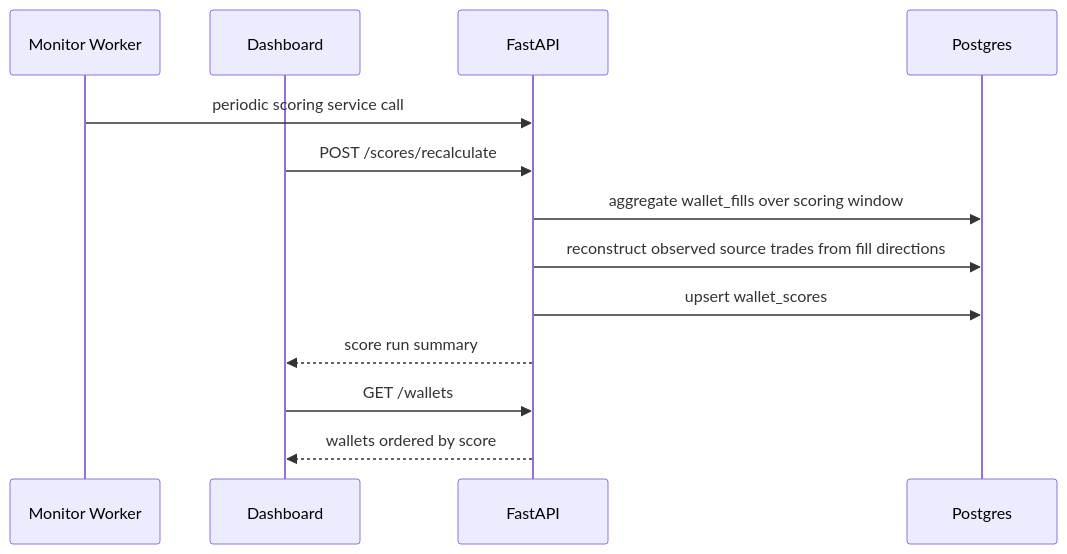
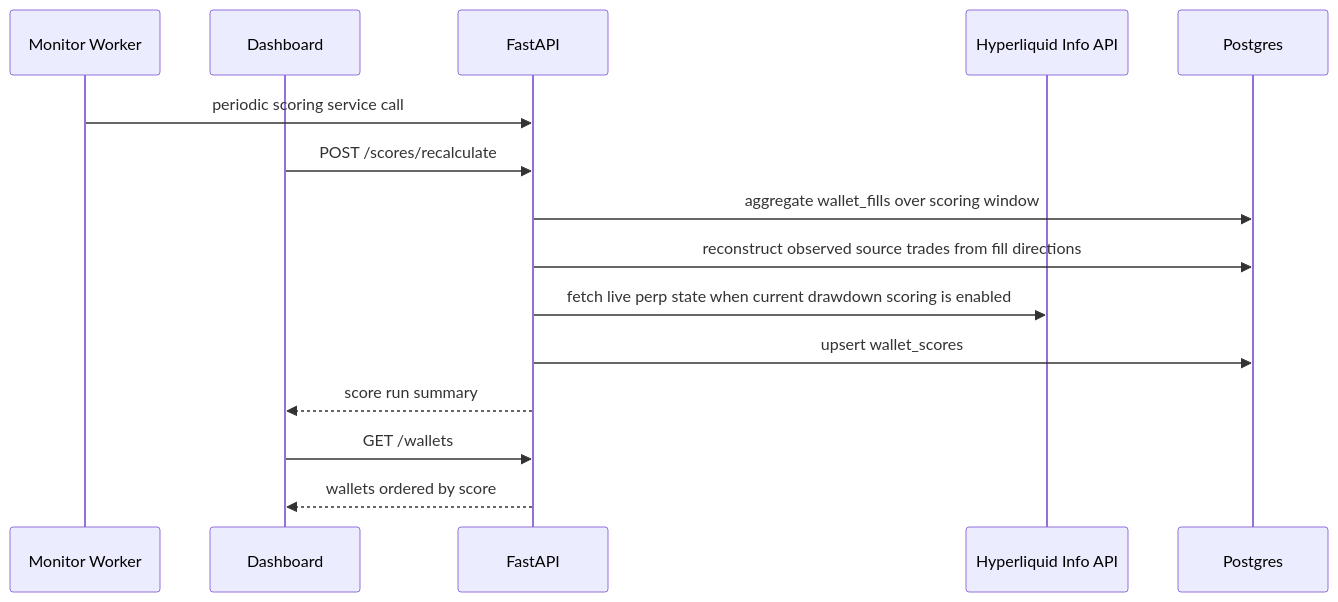
The fifth of 9 diagrams in docs/architecture.md (DrottPoker/copytrading-agent), drawn with Mermaid before and after one commit. The commit also changed other lines of this file and 12 other files, not shown here.

````diff
--- a/docs/architecture.md
+++ b/docs/architecture.md
@@ -277,16 +281,18 @@
 ```mermaid
 sequenceDiagram
   participant Worker as Monitor Worker
   participant UI as Dashboard
   participant API as FastAPI
+  participant HL as Hyperliquid Info API
   participant DB as Postgres
 
   Worker->>API: periodic scoring service call
   UI->>API: POST /scores/recalculate
   API->>DB: aggregate wallet_fills over scoring window
   API->>DB: reconstruct observed source trades from fill directions
+  API->>HL: fetch live perp state when current drawdown scoring is enabled
   API->>DB: upsert wallet_scores
   API-->>UI: score run summary
   UI->>API: GET /wallets
   API-->>UI: wallets ordered by score
 ```
````
